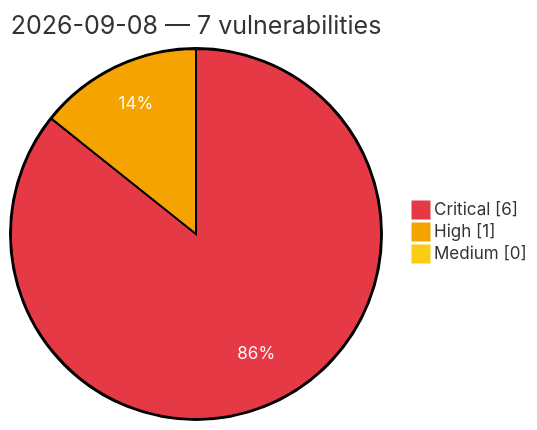
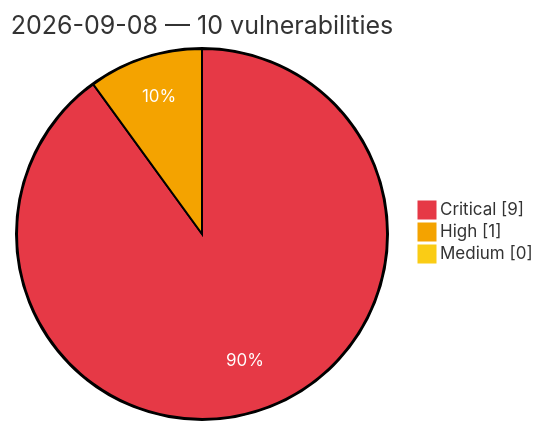
Before and after one commit to GhostX0X/vuln-tracker: the diagram in vulnerabilities/2026/September/2026-09-08.md, drawn with Mermaid. The commit also changed other lines of this file and 5 other files, not shown here.

````diff
--- a/vulnerabilities/2026/September/2026-09-08.md
+++ b/vulnerabilities/2026/September/2026-09-08.md
@@ -3,8 +3,8 @@
 ```mermaid
 %%{init: {'theme':'base', 'themeVariables': {'pie1':'#e63946', 'pie2':'#f4a300', 'pie3':'#facc15', 'pieOpacity':'1', 'pieOuterStrokeWidth':'2px', 'pieSectionTextColor':'#ffffff'}}}%%
 pie showData
-    title 2026-09-08 — 7 vulnerabilities
-    "Critical" : 6
+    title 2026-09-08 — 10 vulnerabilities
+    "Critical" : 9
     "High" : 1
     "Medium" : 0
 ```
````
